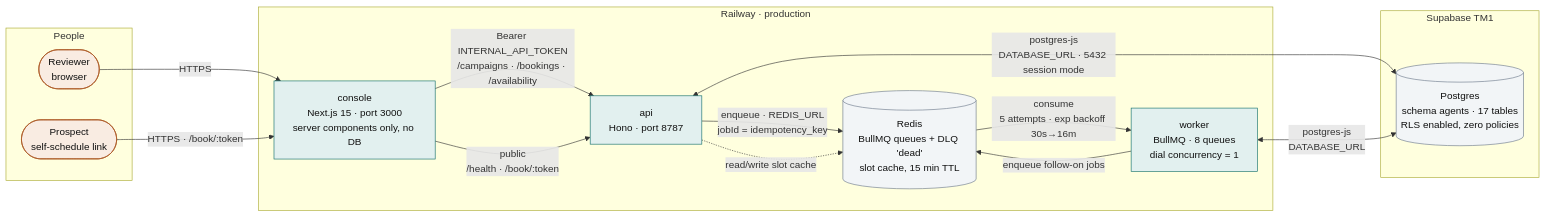
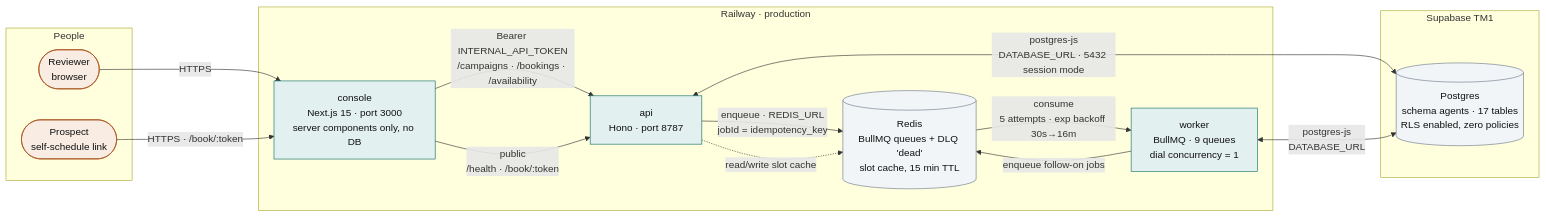
One commit to MAKaminski/tm-voice changed the first of 7 diagrams in docs/ARCHITECTURE.md. Above: the diagram before and after it, drawn with Mermaid. The commit also changed other lines of this file and 14 other files, not shown here.

````diff
--- a/docs/ARCHITECTURE.md
+++ b/docs/ARCHITECTURE.md
@@ -23,33 +23,33 @@
 ```mermaid
 flowchart LR
   classDef svc fill:#e2f0ef,stroke:#0e6d6a,color:#111
   classDef store fill:#f2f5f7,stroke:#6b788a,color:#111
   classDef human fill:#f9ece2,stroke:#a8501a,color:#111
 
   subgraph people["People"]
     reviewer(["Reviewer<br/>browser"]):::human
     booker(["Prospect<br/>self-schedule link"]):::human
   end
 
   subgraph railway["Railway · production"]
     console["console<br/>Next.js 15 · port 3000<br/>server components only, no DB"]:::svc
     api["api<br/>Hono · port 8787"]:::svc
-    worker["worker<br/>BullMQ · 8 queues<br/>dial concurrency = 1"]:::svc
+    worker["worker<br/>BullMQ · 9 queues<br/>dial concurrency = 1"]:::svc
     redis[("Redis<br/>BullMQ queues + DLQ 'dead'<br/>slot cache, 15 min TTL")]:::store
   end
 
   subgraph supabase["Supabase TM1"]
     pg[("Postgres<br/>schema agents · 17 tables<br/>RLS enabled, zero policies")]:::store
   end
 
   reviewer -->|"HTTPS"| console
   booker -->|"HTTPS · /book/:token"| console
   console -->|"Bearer INTERNAL_API_TOKEN<br/>/campaigns · /bookings · /availability"| api
   console -->|"public<br/>/health · /book/:token"| api
   api <-->|"postgres-js<br/>DATABASE_URL · 5432 session mode"| pg
   worker <-->|"postgres-js<br/>DATABASE_URL"| pg
   api -->|"enqueue · REDIS_URL<br/>jobId = idempotency_key"| redis
   redis -->|"consume<br/>5 attempts · exp backoff 30s→16m"| worker
   worker -->|"enqueue follow-on jobs"| redis
   api -.->|"read/write slot cache"| redis
 ```
````
